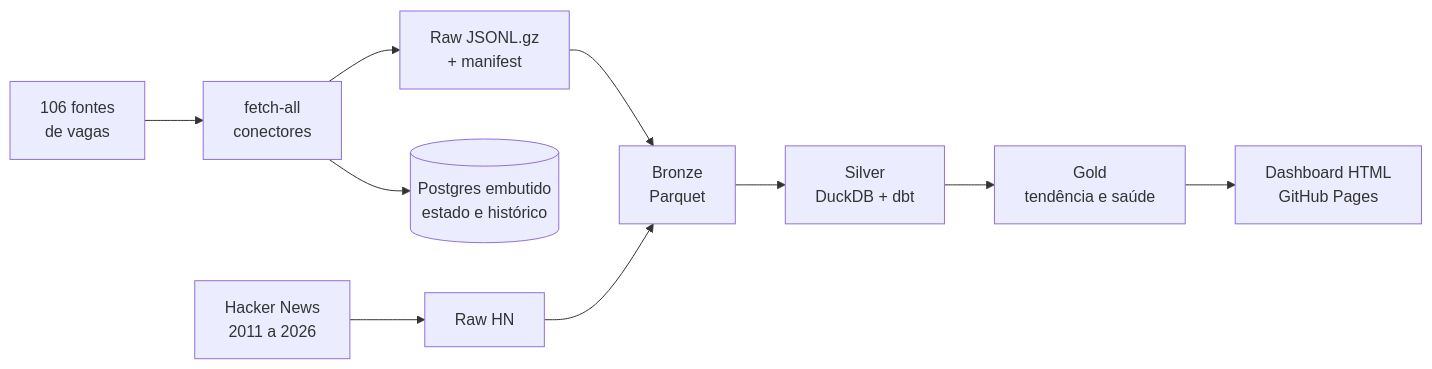
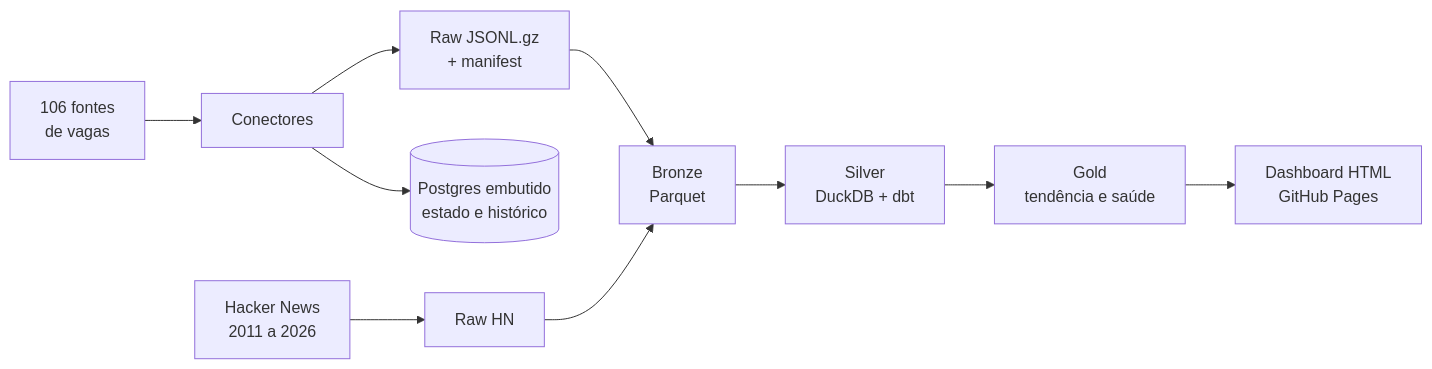
The diagram in README.md (samuelmel/skill-job-tracker), drawn with Mermaid before and after one commit. The commit also changed other lines of this file, not shown here.

````diff
--- a/README.md
+++ b/README.md
@@ -68,11 +68,11 @@
 ```mermaid
 flowchart LR
-    A[106 fontes<br/>de vagas] --> B[fetch-all<br/>conectores]
+    A[106 fontes<br/>de vagas] --> B[Conectores]
     B --> C[Raw JSONL.gz<br/>+ manifest]
     B --> P[(Postgres embutido<br/>estado e histórico)]
     C --> D[Bronze<br/>Parquet]
     H[Hacker News<br/>2011 a 2026] --> C2[Raw HN] --> D
     D --> E[Silver<br/>DuckDB + dbt]
     E --> F[Gold<br/>tendência e saúde]
     F --> G[Dashboard HTML<br/>GitHub Pages]
 ```
````
